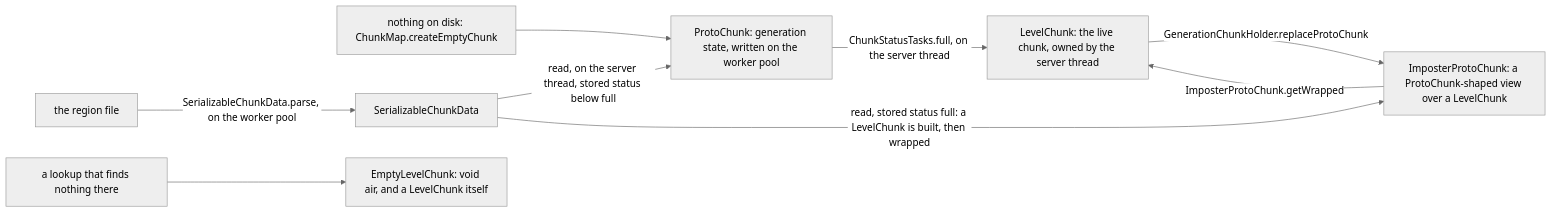
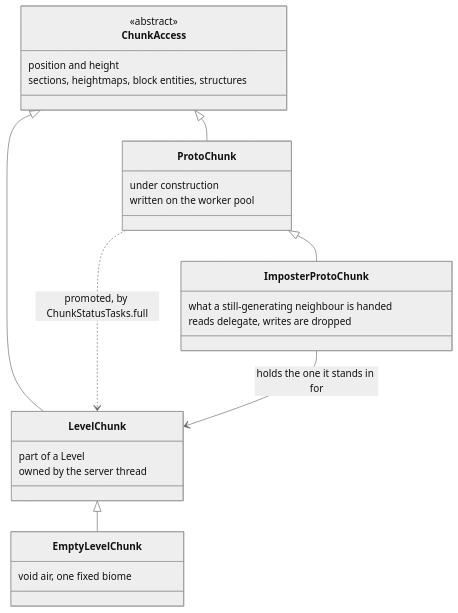
Before and after one commit to AlexanderjFraser/MinecraftDocs: the first of 2 diagrams in src/systems/world/chunk-anatomy.md, drawn with Mermaid (neutral theme). The commit also changed other lines of this file and 22 other files, not shown here.

````diff
--- a/src/systems/world/chunk-anatomy.md
+++ b/src/systems/world/chunk-anatomy.md
@@ -34,11 +34,29 @@
 ```mermaid
-flowchart LR
-    NEW["nothing on disk: ChunkMap.createEmptyChunk"] --> PC
-    DISK["the region file"] -->|"SerializableChunkData.parse, on the worker pool"| SCD["SerializableChunkData"]
-    SCD -->|"read, on the server thread, stored status below full"| PC
-    SCD -->|"read, stored status full: a LevelChunk is built, then wrapped"| IPC
-    PC["ProtoChunk: generation state, written on the worker pool"] -->|"ChunkStatusTasks.full, on the server thread"| LC
-    LC["LevelChunk: the live chunk, owned by the server thread"] -->|"GenerationChunkHolder.replaceProtoChunk"| IPC
-    IPC["ImposterProtoChunk: a ProtoChunk-shaped view over a LevelChunk"] -->|"ImposterProtoChunk.getWrapped"| LC
-    MISS["a lookup that finds nothing there"] --> ELC["EmptyLevelChunk: void air, and a LevelChunk itself"]
+classDiagram
+    class ChunkAccess {
+        <<abstract>>
+        position and height
+        sections, heightmaps, block entities, structures
+    }
+    class ProtoChunk {
+        under construction
+        written on the worker pool
+    }
+    class LevelChunk {
+        part of a Level
+        owned by the server thread
+    }
+    class ImposterProtoChunk {
+        what a still-generating neighbour is handed
+        reads delegate, writes are dropped
+    }
+    class EmptyLevelChunk {
+        void air, one fixed biome
+    }
+    ChunkAccess <|-- ProtoChunk
+    ChunkAccess <|-- LevelChunk
+    ProtoChunk <|-- ImposterProtoChunk
+    LevelChunk <|-- EmptyLevelChunk
+    ProtoChunk ..> LevelChunk : promoted, by ChunkStatusTasks.full
+    ImposterProtoChunk --> LevelChunk : holds the one it stands in for
 ```
````
